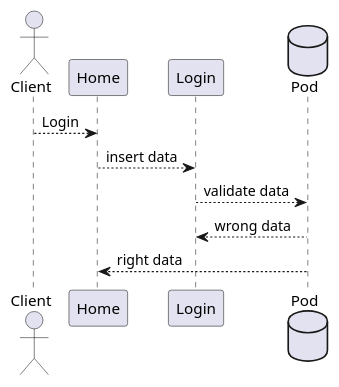
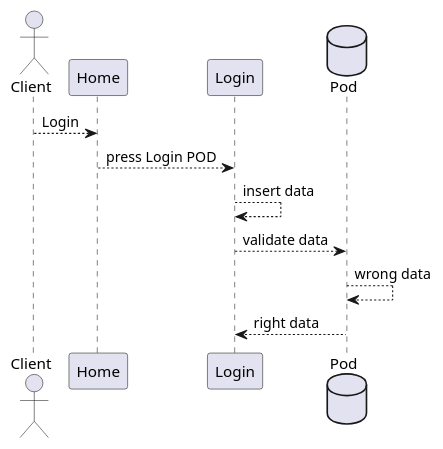
The first of 3 diagrams in docs/06_runtime_view.adoc (Arquisoft/dede_es3b), drawn with PlantUML before and after one commit. The commit also changed other lines of this file, not shown here.

```diff
--- a/docs/06_runtime_view.adoc
+++ b/docs/06_runtime_view.adoc
@@ -47,12 +48,13 @@
 [plantuml,"Sequence diagram-Login",png]
 ----
 actor Client
 participant "Home"
 participant "Login"
 database Pod
 Client --> "Home": Login
-"Home" --> "Login": insert data
+"Home" --> "Login": press Login POD
+"Login" --> "Login": insert data
 "Login" --> Pod : validate data
-Pod --> "Login": wrong data
-Pod --> "Home": right data
+Pod --> "Pod": wrong data
+Pod --> "Login": right data
 ----
```
